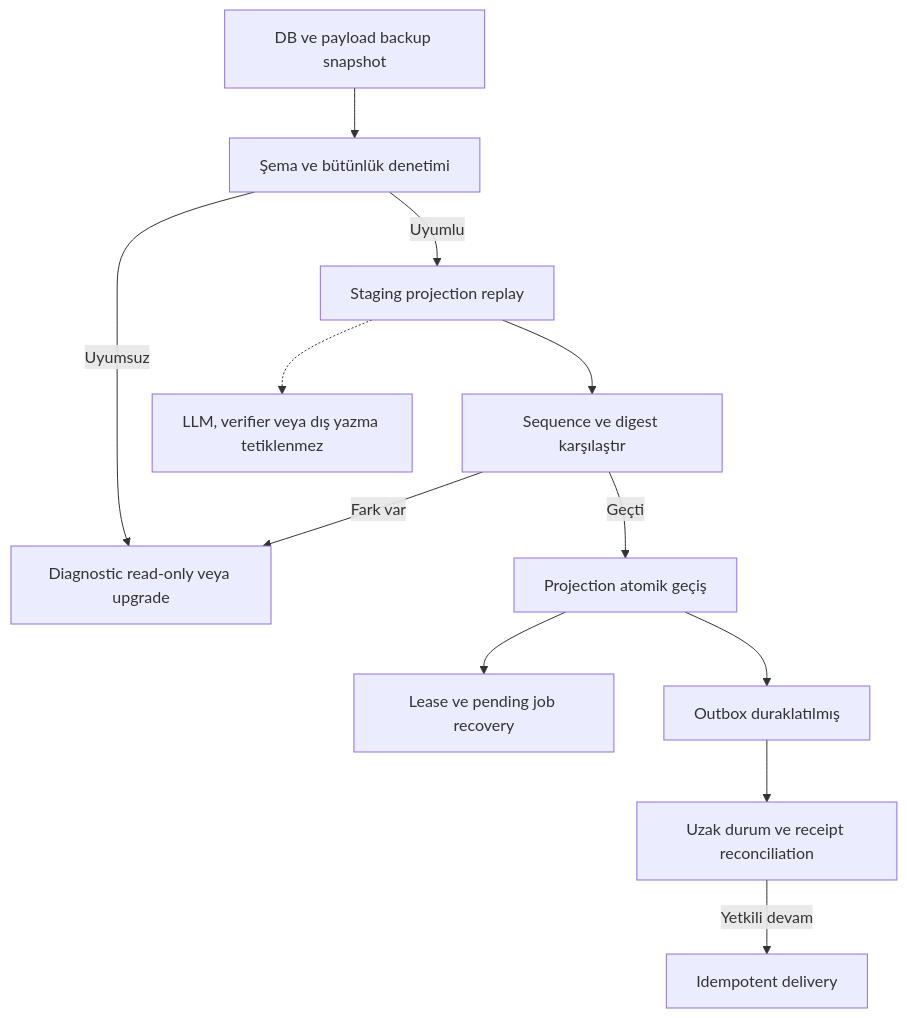
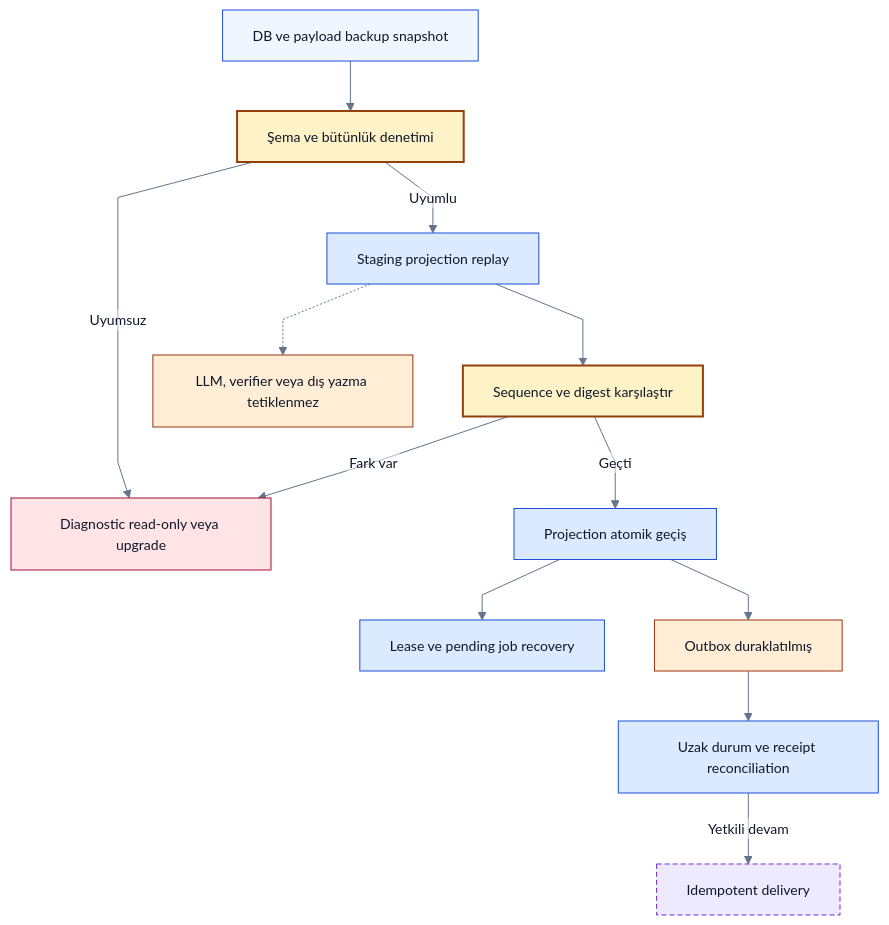
Before and after one commit to alphanAkbulut/decivora: the eighth of 13 diagrams in docs/architecture/diagrams.md, drawn with Mermaid. The commit also changed other lines of this file and 21 other files, not shown here.

Commit message:
Refresh all Mermaid diagrams, clarify decision states and document rendering evidence

````diff
--- a/docs/architecture/diagrams.md
+++ b/docs/architecture/diagrams.md
@@ -242,14 +338,29 @@
 ```mermaid
+%%{init: {"theme":"base","themeVariables":{"fontFamily":"Arial, sans-serif","fontSize":"14px","primaryColor":"#eff6ff","primaryTextColor":"#0f172a","primaryBorderColor":"#1d4ed8","lineColor":"#64748b","secondaryColor":"#ccfbf1","tertiaryColor":"#f1f5f9","background":"#ffffff","mainBkg":"#eff6ff","textColor":"#0f172a","clusterBkg":"#f8fafc","clusterBorder":"#94a3b8","edgeLabelBackground":"#ffffff","actorBkg":"#eff6ff","actorTextColor":"#0f172a","actorBorder":"#1d4ed8","signalColor":"#64748b","signalTextColor":"#0f172a","noteBkgColor":"#fef3c7","noteTextColor":"#0f172a","noteBorderColor":"#92400e"},"flowchart":{"htmlLabels":false,"curve":"linear"},"sequence":{"wrap":true},"themeCSS":"background-color:#ffffff;"}}%%
 flowchart TD
+    accTitle: Yan etkisiz replay ve recovery
+    accDescr: Önerilen tasarım veya açıkça belirtilen sentetik örnek. Renkler alan ve kontrol türünü gösterir; implemented veya passed kanıtı değildir. Yetki, revision ve coverage sınırları korunur.
     B[DB ve payload backup snapshot] --> V[Şema ve bütünlük denetimi]
     V -->|Uyumlu| R[Staging projection replay]
     V -->|Uyumsuz| STOP[Diagnostic read-only veya upgrade]
     R --> D[Sequence ve digest karşılaştır]
     D -->|Geçti| SW[Projection atomik geçiş]
     D -->|Fark var| STOP
     SW --> J[Lease ve pending job recovery]
     SW --> O[Outbox duraklatılmış]
     O --> REC[Uzak durum ve receipt reconciliation]
     REC -->|Yetkili devam| SEND[Idempotent delivery]
     R -.-> NO[LLM, verifier veya dış yazma tetiklenmez]
+    classDef source fill:#eff6ff,stroke:#1d4ed8,color:#0f172a
+    classDef gate fill:#fef3c7,stroke:#92400e,color:#0f172a,stroke-width:2px
+    classDef process fill:#dbeafe,stroke:#1d4ed8,color:#0f172a
+    classDef warning fill:#ffedd5,stroke:#9a3412,color:#0f172a
+    classDef danger fill:#ffe4e6,stroke:#9f1239,color:#0f172a
+    classDef future fill:#ede9fe,stroke:#6d28d9,color:#0f172a,stroke-dasharray:5 3
+    class B source
+    class V,D gate
+    class R,SW,J,REC process
+    class O,NO warning
+    class STOP danger
+    class SEND future
 ```
````
